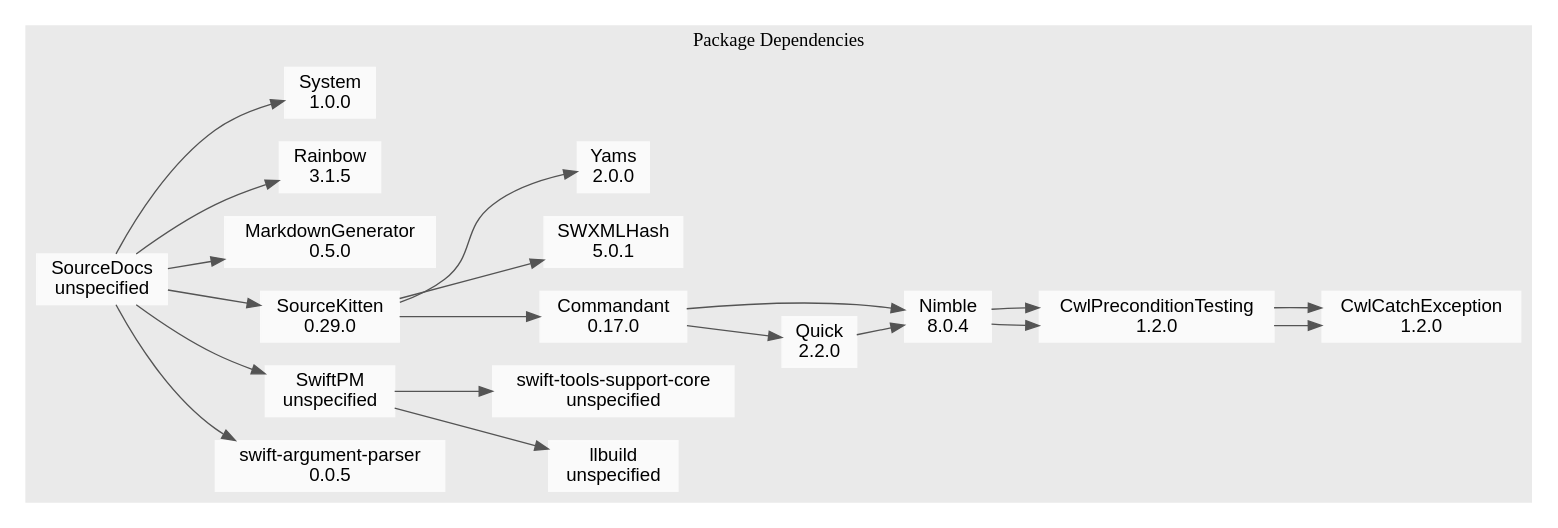
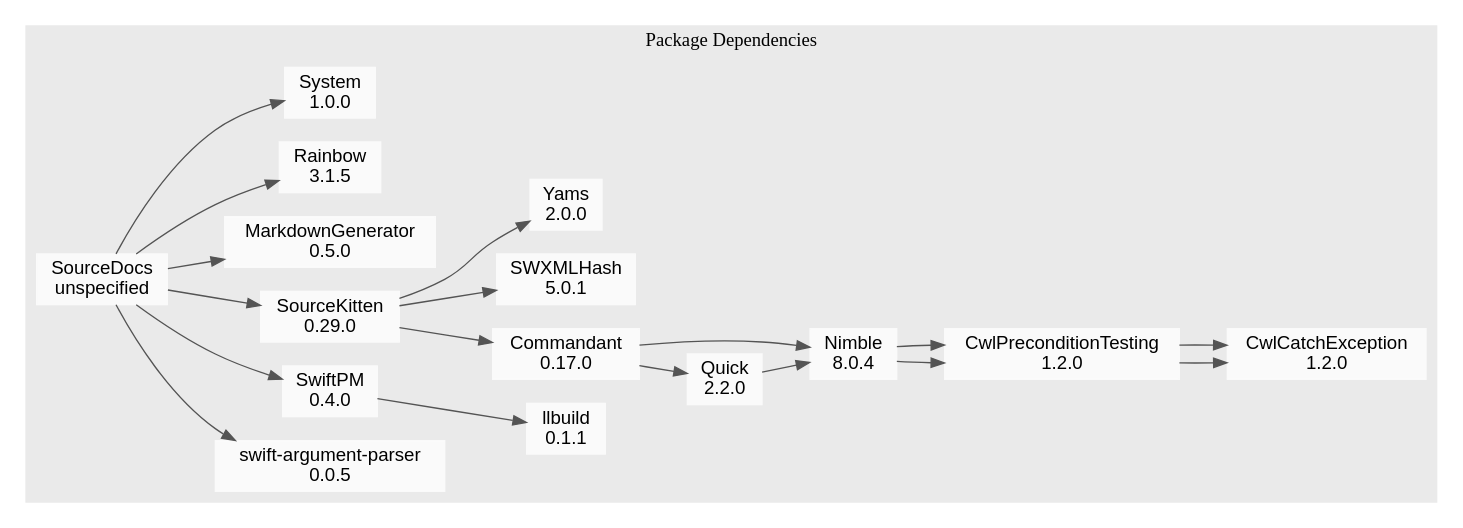
The diagram in PackageDependencies.dot (SourceDocs/SourceDocs), drawn with Graphviz before and after one commit. The commit also changed 10 other files, not shown here.

```diff
--- a/PackageDependencies.dot
+++ b/PackageDependencies.dot
@@ -1,28 +1,27 @@
 digraph PackageDependencyGraph {
     rankdir = LR
     graph [fontname="Helvetica-light", style = filled, color = "#eaeaea"]
     node [shape=box, fontname="Helvetica", style=filled, color="#fafafa"]
     edge [color="#545454"]
 
     subgraph cluster {
         label = "Package Dependencies"
         "SourceDocs\nunspecified" -> "swift-argument-parser\n0.0.5"
-        "SourceDocs\nunspecified" -> "SwiftPM\nunspecified"
+        "SourceDocs\nunspecified" -> "SwiftPM\n0.4.0"
         "SourceDocs\nunspecified" -> "SourceKitten\n0.29.0"
         "SourceDocs\nunspecified" -> "MarkdownGenerator\n0.5.0"
         "SourceDocs\nunspecified" -> "Rainbow\n3.1.5"
         "SourceDocs\nunspecified" -> "System\n1.0.0"
-        "SwiftPM\nunspecified" -> "llbuild\nunspecified"
-        "SwiftPM\nunspecified" -> "swift-tools-support-core\nunspecified"
+        "SwiftPM\n0.4.0" -> "llbuild\n0.1.1"
         "SourceKitten\n0.29.0" -> "Commandant\n0.17.0"
         "SourceKitten\n0.29.0" -> "SWXMLHash\n5.0.1"
         "SourceKitten\n0.29.0" -> "Yams\n2.0.0"
         "Commandant\n0.17.0" -> "Quick\n2.2.0"
         "Commandant\n0.17.0" -> "Nimble\n8.0.4"
         "Quick\n2.2.0" -> "Nimble\n8.0.4"
         "Nimble\n8.0.4" -> "CwlPreconditionTesting\n1.2.0"
         "CwlPreconditionTesting\n1.2.0" -> "CwlCatchException\n1.2.0"
         "Nimble\n8.0.4" -> "CwlPreconditionTesting\n1.2.0"
         "CwlPreconditionTesting\n1.2.0" -> "CwlCatchException\n1.2.0"
     }
 }
```
